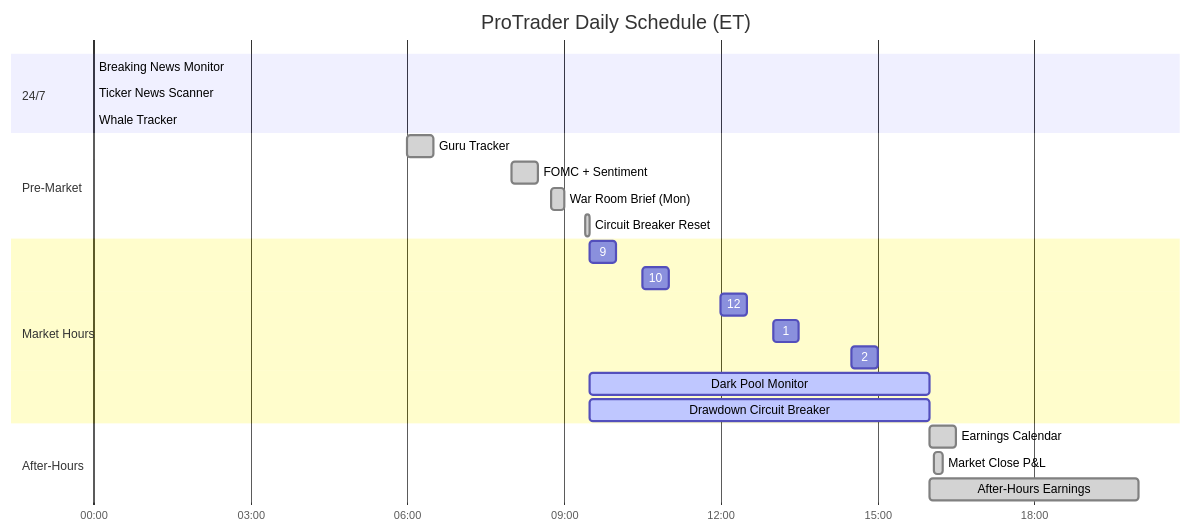
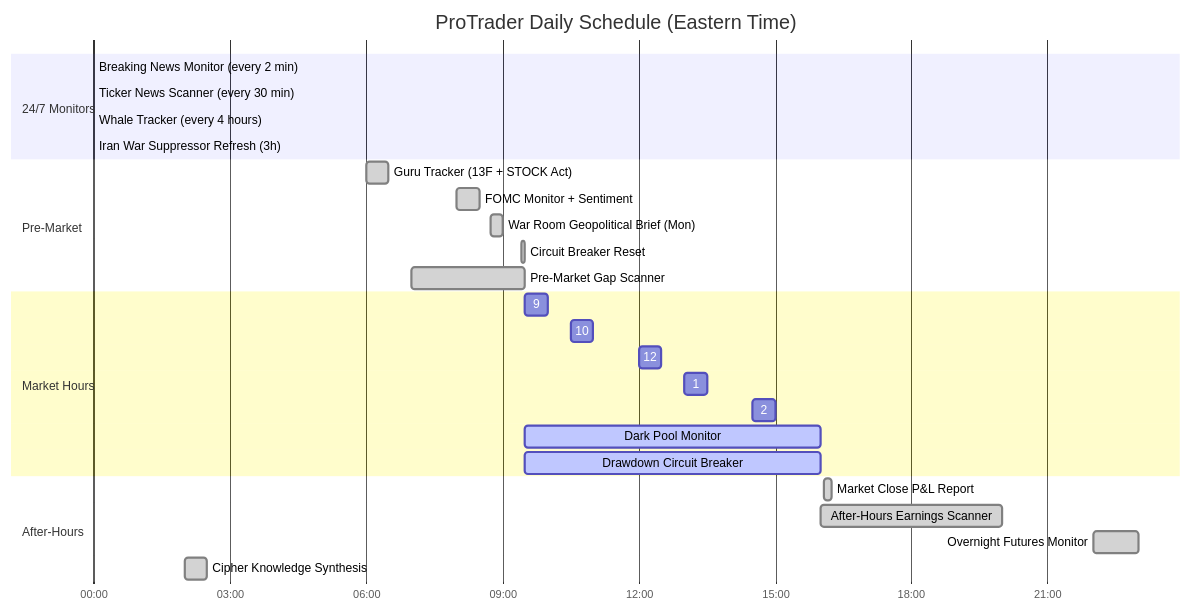
One commit to oabdelmaksoud/Pro-Trader-PLUGIN changed the seventh of 9 diagrams in README.md. Above: the diagram before and after it, drawn with Mermaid. The commit also changed other lines of this file, not shown here.

First line of the commit message:
docs: comprehensive README overhaul — all current state + 8 Mermaid diagrams

````diff
--- a/README.md
+++ b/README.md
@@ -171,31 +300,34 @@
 ```mermaid
 gantt
-    title ProTrader Daily Schedule (ET)
+    title ProTrader Daily Schedule (Eastern Time)
     dateFormat HH:mm
     axisFormat %H:%M
 
-    section 24/7
-    Breaking News Monitor    :active, 00:00, 24:00
-    Ticker News Scanner      :active, 00:00, 24:00
-    Whale Tracker            :crit,   00:00, 24:00
+    section 24/7 Monitors
+    Breaking News Monitor (every 2 min)   :active, 00:00, 24:00
+    Ticker News Scanner (every 30 min)    :active, 00:00, 24:00
+    Whale Tracker (every 4 hours)         :active, 00:00, 24:00
+    Iran War Suppressor Refresh (3h)      :active, 00:00, 24:00
 
     section Pre-Market
-    Guru Tracker             :done,   06:00, 06:30
-    FOMC + Sentiment         :done,   08:00, 08:30
-    War Room Brief (Mon)     :done,   08:45, 09:00
-    Circuit Breaker Reset    :done,   09:25, 09:30
+    Guru Tracker (13F + STOCK Act)        :done,   06:00, 06:30
+    FOMC Monitor + Sentiment              :done,   08:00, 08:30
+    War Room Geopolitical Brief (Mon)     :done,   08:45, 09:00
+    Circuit Breaker Reset                 :done,   09:25, 09:30
+    Pre-Market Gap Scanner                :done,   07:00, 09:30
 
     section Market Hours
-    9:30 AM Scan             :active, 09:30, 10:00
-    10:30 AM Scan            :active, 10:30, 11:00
-    12:00 PM Scan            :active, 12:00, 12:30
-    1:00 PM Scan             :active, 13:00, 13:30
-    2:30 PM Final Window     :crit,   14:30, 15:00
-    Dark Pool Monitor        :active, 09:30, 16:00
-    Drawdown Circuit Breaker :active, 09:30, 16:00
+    9:30 AM Full Pipeline Scan            :active, 09:30, 10:00
+    10:30 AM Full Pipeline Scan           :active, 10:30, 11:00
+    12:00 PM Full Pipeline Scan           :active, 12:00, 12:30
+    1:00 PM Full Pipeline Scan            :active, 13:00, 13:30
+    2:30 PM Final Entry Window            :crit,   14:30, 15:00
+    Dark Pool Monitor                     :active, 09:30, 16:00
+    Drawdown Circuit Breaker              :active, 09:30, 16:00
 
     section After-Hours
-    Earnings Calendar        :done,   16:00, 16:30
-    Market Close P&L         :done,   16:05, 16:15
-    After-Hours Earnings     :done,   16:00, 20:00
+    Market Close P&L Report               :done,   16:05, 16:15
+    After-Hours Earnings Scanner          :done,   16:00, 20:00
+    Overnight Futures Monitor             :done,   22:00, 23:00
+    Cipher Knowledge Synthesis            :done,   02:00, 02:30
 ```
````
